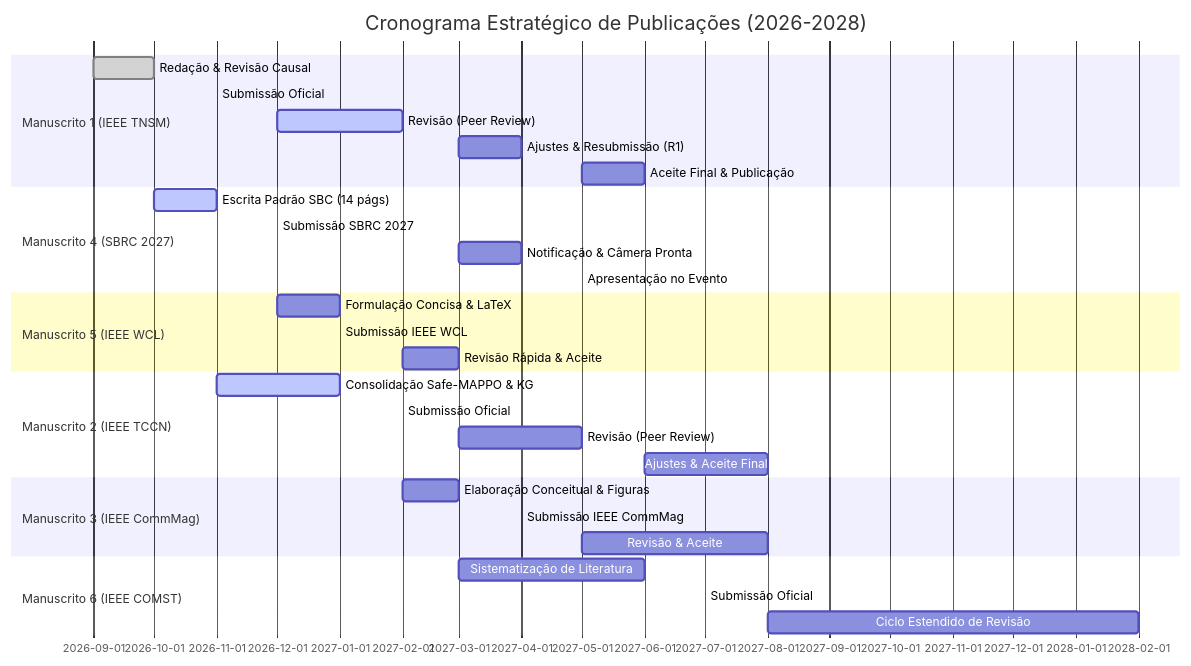
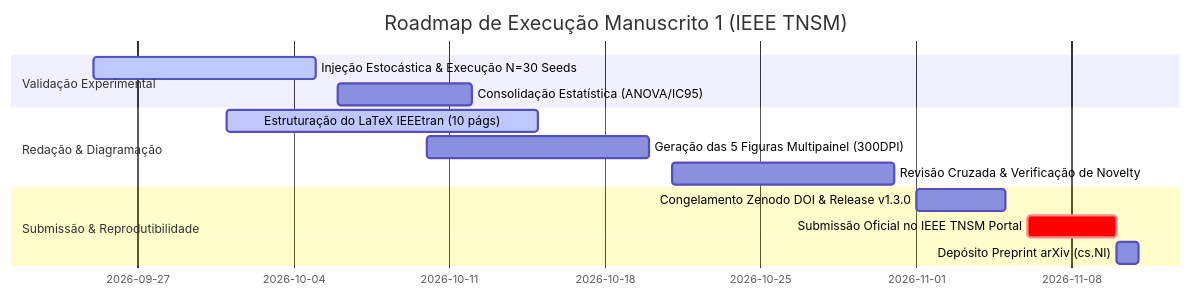
The third of 3 diagrams in docs/08_planejamento_estrategico_revistas_publicacao_2026.md (georgebarbosa3090/XApp-RDL-F2), drawn with Mermaid before and after one commit. The commit also changed other lines of this file, not shown here.

Commit message:
docs: alinha Manuscrito 1 com diretrizes da IEEE TNSM e formalismo de segurança

````diff
--- a/docs/08_planejamento_estrategico_revistas_publicacao_2026.md
+++ b/docs/08_planejamento_estrategico_revistas_publicacao_2026.md
@@ -207,38 +257,16 @@
 ```mermaid
 gantt
-    title Cronograma Estratégico de Publicações (2026-2028)
-    dateFormat  YYYY-MM
-    section Manuscrito 1 (IEEE TNSM)
-    Redação & Revisão Causal        :done,    des1, 2026-09, 2026-10
-    Submissão Oficial               :crit,    des2, 2026-11, 2026-11
-    Revisão (Peer Review)           :active,  des3, 2026-12, 2027-02
-    Ajustes & Resubmissão (R1)      :         des4, 2027-03, 2027-04
-    Aceite Final & Publicação       :         des5, 2027-05, 2027-06
-
-    section Manuscrito 4 (SBRC 2027)
-    Escrita Padrão SBC (14 págs)    :active,  sb1, 2026-10, 2026-11
-    Submissão SBRC 2027             :crit,    sb2, 2026-12, 2026-12
-    Notificação & Câmera Pronta     :         sb3, 2027-03, 2027-04
-    Apresentação no Evento          :         sb4, 2027-05, 2027-05
-
-    section Manuscrito 5 (IEEE WCL)
-    Formulação Concisa & LaTeX      :         wc1, 2026-12, 2027-01
-    Submissão IEEE WCL              :crit,    wc2, 2027-01, 2027-01
-    Revisão Rápida & Aceite         :         wc3, 2027-02, 2027-03
-
-    section Manuscrito 2 (IEEE TCCN)
-    Consolidação Safe-MAPPO & KG    :active,  tc1, 2026-11, 2027-01
-    Submissão Oficial               :crit,    tc2, 2027-02, 2027-02
-    Revisão (Peer Review)           :         tc3, 2027-03, 2027-05
-    Ajustes & Aceite Final          :         tc4, 2027-06, 2027-08
-
-    section Manuscrito 3 (IEEE CommMag)
-    Elaboração Conceitual & Figuras :         cm1, 2027-02, 2027-03
-    Submissão IEEE CommMag          :crit,    cm2, 2027-04, 2027-04
-    Revisão & Aceite                :         cm3, 2027-05, 2027-08
-
-    section Manuscrito 6 (IEEE COMST)
-    Sistematização de Literatura    :         st1, 2027-03, 2027-06
-    Submissão Oficial               :crit,    st2, 2027-07, 2027-07
-    Ciclo Estendido de Revisão      :         st3, 2027-08, 2028-02
+    title Roadmap de Execução Manuscrito 1 (IEEE TNSM)
+    dateFormat  YYYY-MM-DD
+    section Validação Experimental
+    Injeção Estocástica & Execução N=30 Seeds :active, st1, 2026-09-25, 2026-10-05
+    Consolidação Estatística (ANOVA/IC95)     :         st2, 2026-10-06, 2026-10-12
+    section Redação & Diagramação
+    Estruturação do LaTeX IEEEtran (10 págs)  :active, rd1, 2026-10-01, 2026-10-15
+    Geração das 5 Figuras Multipainel (300DPI):         rd2, 2026-10-10, 2026-10-20
+    Revisão Cruzada & Verificação de Novelty  :         rd3, 2026-10-21, 2026-10-31
+    section Submissão & Reprodutibilidade
+    Congelamento Zenodo DOI & Release v1.3.0  :         sb1, 2026-11-01, 2026-11-05
+    Submissão Oficial no IEEE TNSM Portal    :crit,    sb2, 2026-11-06, 2026-11-10
+    Depósito Preprint arXiv (cs.NI)           :         sb3, 2026-11-10, 2026-11-11
 ```
````
